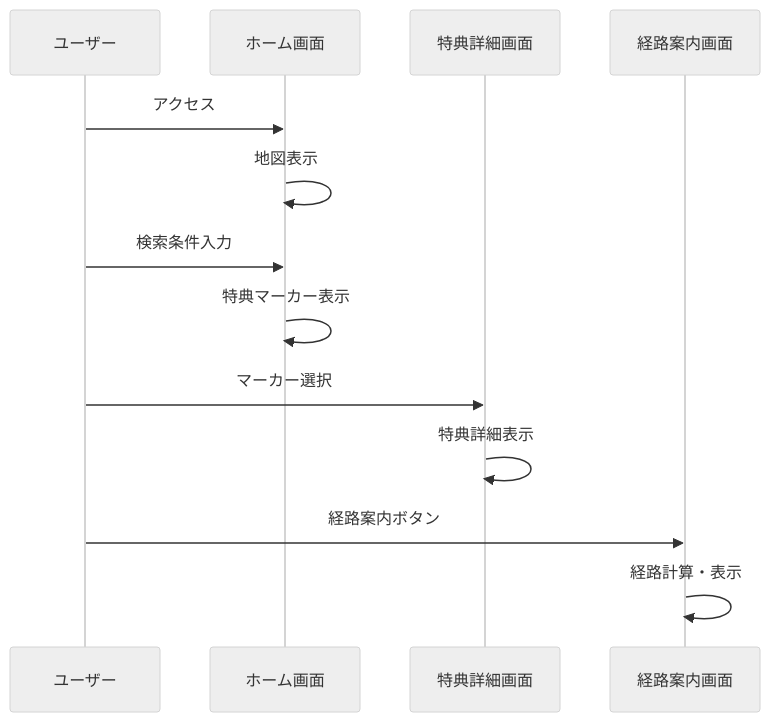
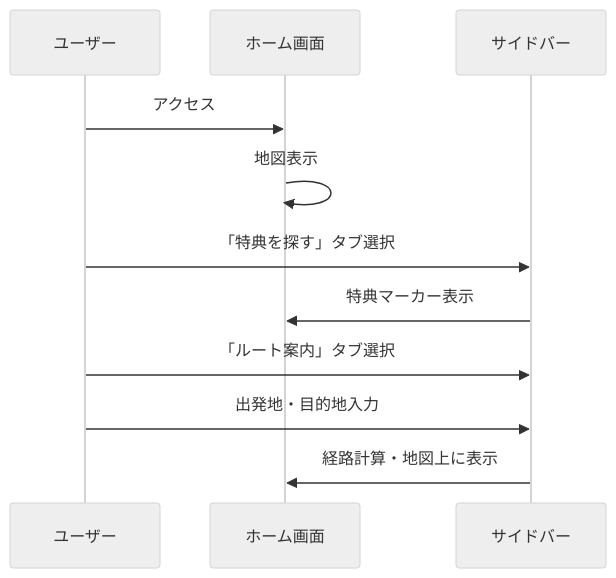
The second of 3 diagrams in docs/02_functions/screen_flow.md (taichi0373/kumamoto-henno-map), drawn with Mermaid (neutral theme) before and after one commit. The commit also changed other lines of this file and 3 other files, not shown here.

````diff
--- a/docs/02_functions/screen_flow.md
+++ b/docs/02_functions/screen_flow.md
@@ -79,16 +35,14 @@
 ```mermaid
 sequenceDiagram
     participant User as ユーザー
     participant Home as ホーム画面
-    participant Detail as 特典詳細画面
-    participant Route as 経路案内画面
-    
+    participant Sidebar as サイドバー
+
     User->>Home: アクセス
     Home->>Home: 地図表示
-    User->>Home: 検索条件入力
-    Home->>Home: 特典マーカー表示
-    User->>Detail: マーカー選択
-    Detail->>Detail: 特典詳細表示
-    User->>Route: 経路案内ボタン
-    Route->>Route: 経路計算・表示
+    User->>Sidebar: 「特典を探す」タブ選択
+    Sidebar->>Home: 特典マーカー表示
+    User->>Sidebar: 「ルート案内」タブ選択
+    User->>Sidebar: 出発地・目的地入力
+    Sidebar->>Home: 経路計算・地図上に表示
 ```
````
